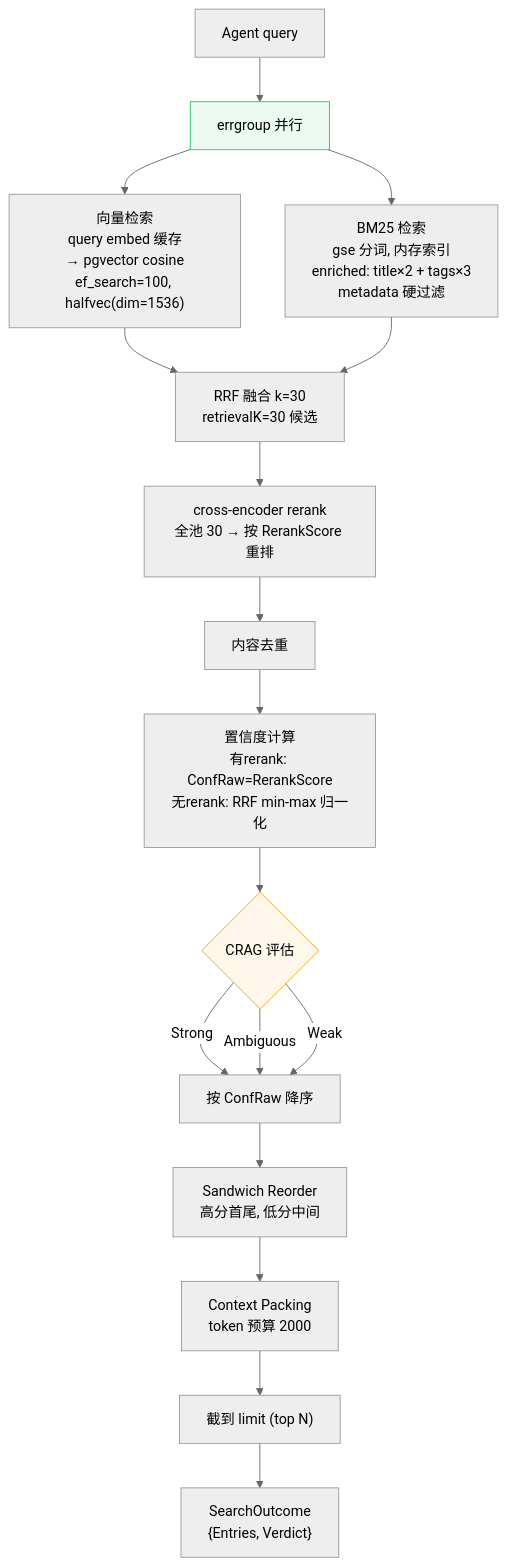
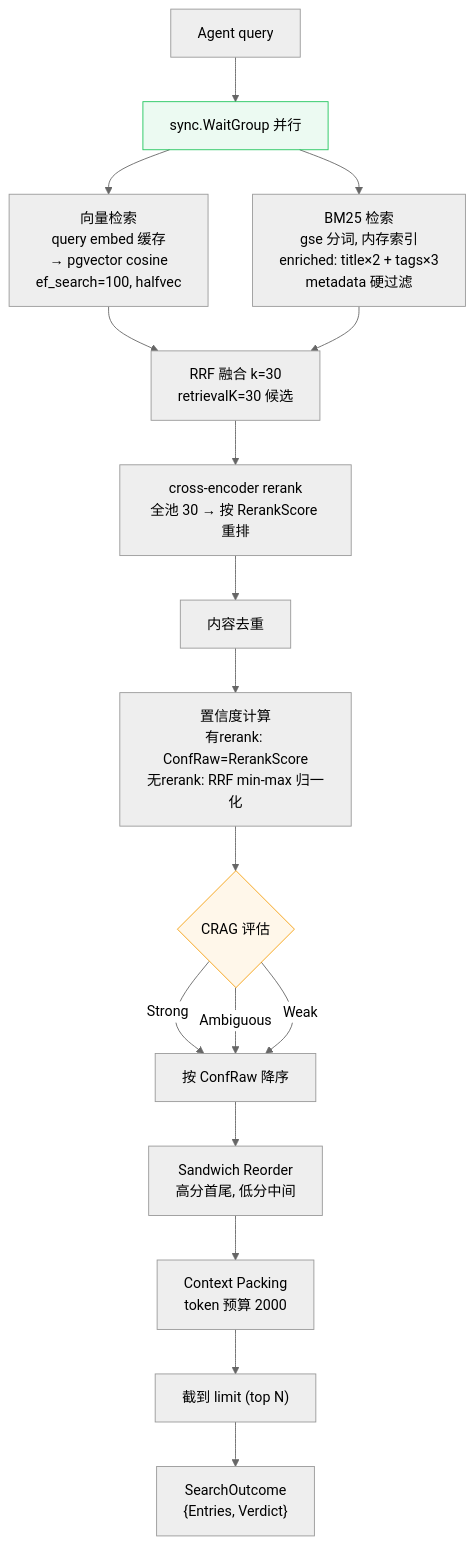
The second of 4 diagrams in docs/FLOW/chat/retrieval-crag-flow.md (int2t05/Cognik), drawn with Mermaid (neutral theme) before and after one commit. The commit also changed other lines of this file and 19 other files, not shown here.

````diff
--- a/docs/FLOW/chat/retrieval-crag-flow.md
+++ b/docs/FLOW/chat/retrieval-crag-flow.md
@@ -72,22 +72,22 @@
 ```mermaid
 flowchart TD
-    Q["Agent query"] --> PAR["errgroup 并行"]
-    PAR --> VEC["向量检索<br/>query embed 缓存<br/>→ pgvector cosine<br/>ef_search=100, halfvec(dim=1536)"]
+    Q["Agent query"] --> PAR["sync.WaitGroup 并行"]
+    PAR --> VEC["向量检索<br/>query embed 缓存<br/>→ pgvector cosine<br/>ef_search=100, halfvec"]
     PAR --> BM25["BM25 检索<br/>gse 分词, 内存索引<br/>enriched: title×2 + tags×3<br/>metadata 硬过滤"]
     VEC --> RRF["RRF 融合 k=30<br/>retrievalK=30 候选"]
     BM25 --> RRF
     RRF --> RERANK["cross-encoder rerank<br/>全池 30 → 按 RerankScore 重排"]
     RERANK --> DEDUP["内容去重"]
     DEDUP --> CONF["置信度计算<br/>有rerank: ConfRaw=RerankScore<br/>无rerank: RRF min-max 归一化"]
     CONF --> CRAG{"CRAG 评估"}
     CRAG -->|"Strong"| SORT["按 ConfRaw 降序"]
     CRAG -->|"Ambiguous"| SORT
     CRAG -->|"Weak"| SORT
     SORT --> SAND["Sandwich Reorder<br/>高分首尾, 低分中间"]
     SAND --> PACK["Context Packing<br/>token 预算 2000"]
     PACK --> LIMIT["截到 limit (top N)"]
     LIMIT --> RET["SearchOutcome<br/>{Entries, Verdict}"]
 
     style PAR fill:#22c55e15,stroke:#22c55e
     style CRAG fill:#f59e0b15,stroke:#f59e0b
 ```
````
